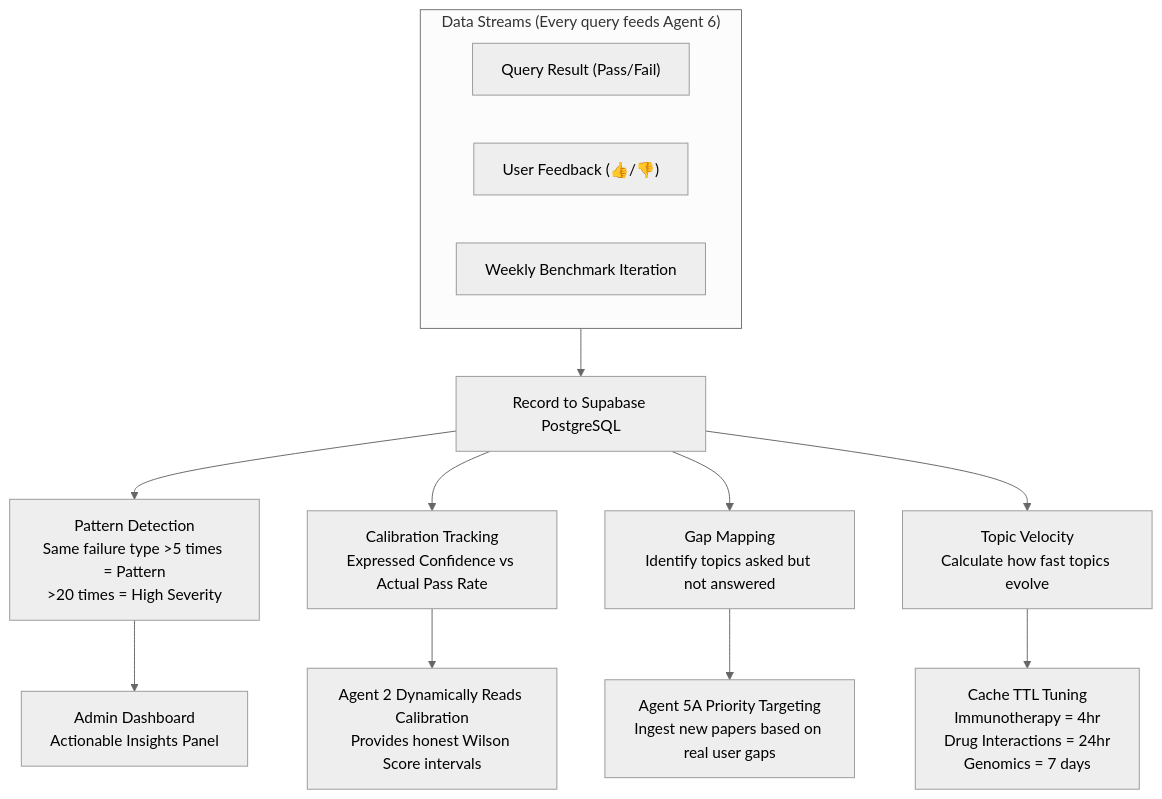
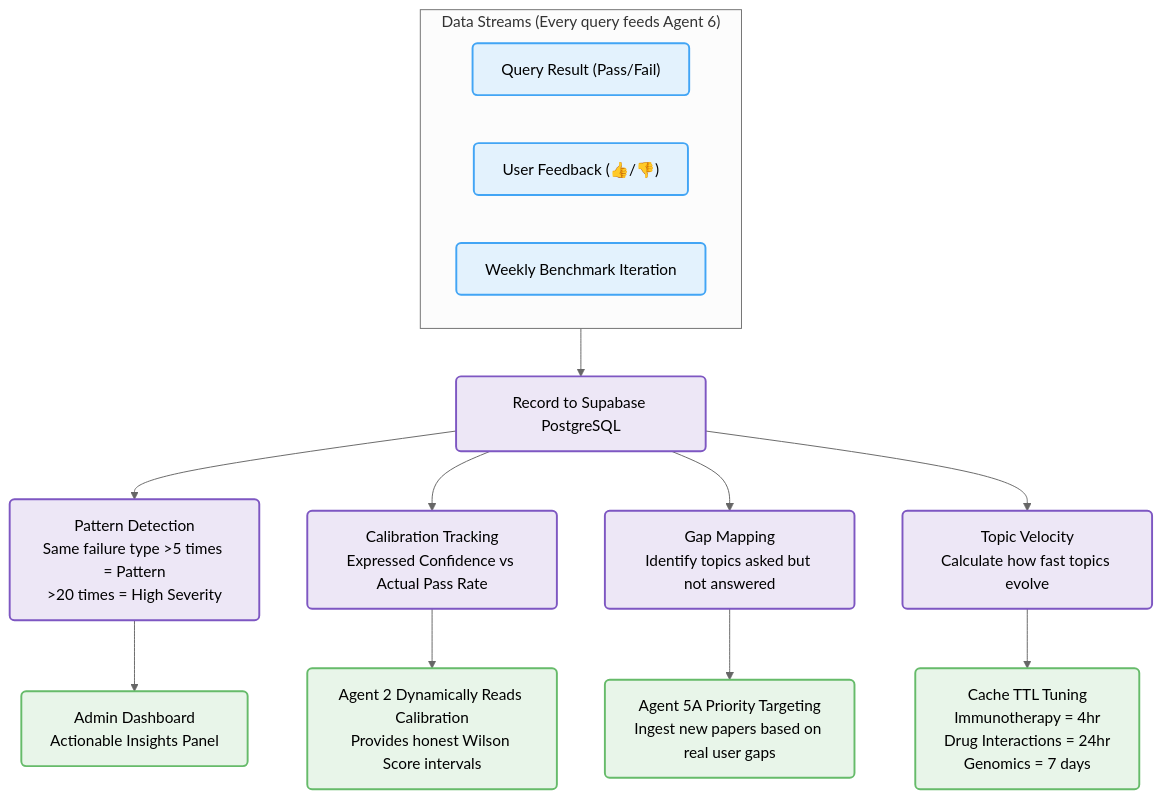
The ninth of 11 diagrams in ARCHITECTURE.md (pavan939111/SelfLearning_Rag), drawn with Mermaid (neutral theme) before and after one commit. The commit also changed other lines of this file, not shown here.

Commit message:
docs: apply pastel color grading to all diagrams in ARCHITECTURE.md to ensure high visibility and professional design

````diff
--- a/ARCHITECTURE.md
+++ b/ARCHITECTURE.md
@@ -296,20 +320,25 @@
 ```mermaid
 flowchart TD
+    classDef stream fill:#e3f2fd,stroke:#42a5f5,stroke-width:2px,color:#000,rx:5px
+    classDef process fill:#ede7f6,stroke:#7e57c2,stroke-width:2px,color:#000,rx:5px
+    classDef result fill:#e8f5e9,stroke:#66bb6a,stroke-width:2px,color:#000,rx:5px
+
     subgraph IN ["Data Streams (Every query feeds Agent 6)"]
-        I1["Query Result (Pass/Fail)"]
-        I2["User Feedback (👍/👎)"]
-        I3["Weekly Benchmark Iteration"]
+        direction LR
+        I1["Query Result (Pass/Fail)"]:::stream
+        I2["User Feedback (👍/👎)"]:::stream
+        I3["Weekly Benchmark Iteration"]:::stream
     end
 
-    IN --> OBS["Record to Supabase PostgreSQL"]
+    IN --> OBS["Record to Supabase PostgreSQL"]:::process
 
-    OBS --> P1["Pattern Detection\nSame failure type >5 times = Pattern\n>20 times = High Severity"]
-    OBS --> P2["Calibration Tracking\nExpressed Confidence vs Actual Pass Rate"]
-    OBS --> P3["Gap Mapping\nIdentify topics asked but not answered"]
-    OBS --> P4["Topic Velocity\nCalculate how fast topics evolve"]
+    OBS --> P1["Pattern Detection\nSame failure type >5 times = Pattern\n>20 times = High Severity"]:::process
+    OBS --> P2["Calibration Tracking\nExpressed Confidence vs Actual Pass Rate"]:::process
+    OBS --> P3["Gap Mapping\nIdentify topics asked but not answered"]:::process
+    OBS --> P4["Topic Velocity\nCalculate how fast topics evolve"]:::process
 
-    P1 --> D1["Admin Dashboard\nActionable Insights Panel"]
-    P2 --> D2["Agent 2 Dynamically Reads Calibration\nProvides honest Wilson Score intervals"]
-    P3 --> D3["Agent 5A Priority Targeting\nIngest new papers based on real user gaps"]
-    P4 --> D4["Cache TTL Tuning\nImmunotherapy = 4hr\nDrug Interactions = 24hr\nGenomics = 7 days"]
+    P1 --> D1["Admin Dashboard\nActionable Insights Panel"]:::result
+    P2 --> D2["Agent 2 Dynamically Reads Calibration\nProvides honest Wilson Score intervals"]:::result
+    P3 --> D3["Agent 5A Priority Targeting\nIngest new papers based on real user gaps"]:::result
+    P4 --> D4["Cache TTL Tuning\nImmunotherapy = 4hr\nDrug Interactions = 24hr\nGenomics = 7 days"]:::result
 ```
````
